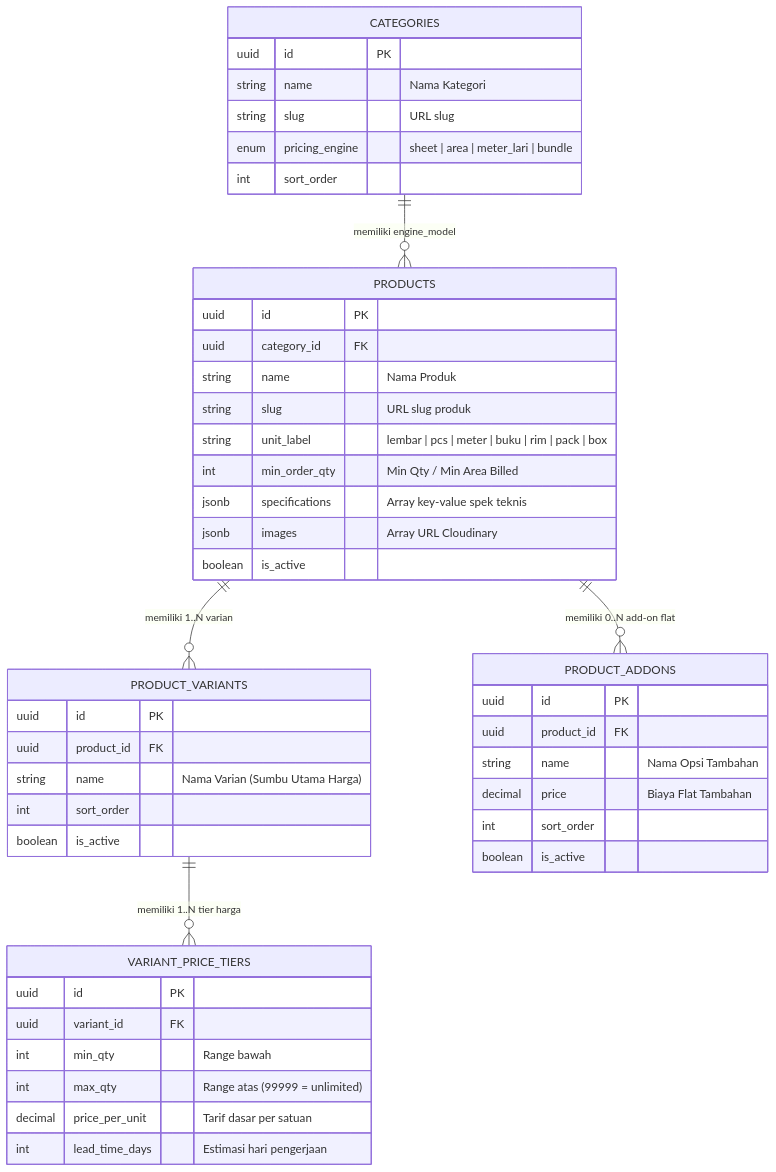
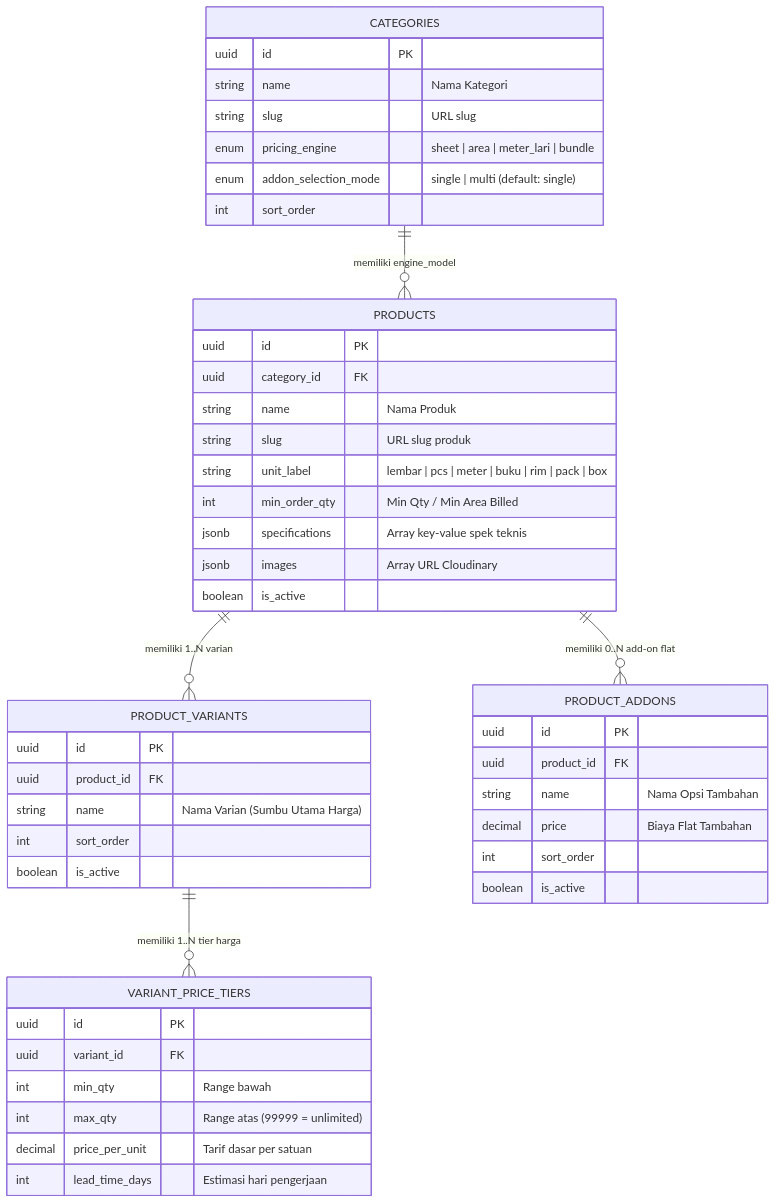
Before and after one commit to Kapakfin93/jogloprint: the diagram in GUIDE_CATALOG_INPUT_PROTOCOL.md, drawn with Mermaid. The commit also changed other lines of this file and 2 other files, not shown here.

````diff
--- a/GUIDE_CATALOG_INPUT_PROTOCOL.md
+++ b/GUIDE_CATALOG_INPUT_PROTOCOL.md
@@ -10,53 +10,54 @@
 ```mermaid
 erDiagram
     CATEGORIES ||--o{ PRODUCTS : "memiliki engine_model"
     PRODUCTS ||--o{ PRODUCT_VARIANTS : "memiliki 1..N varian"
     PRODUCT_VARIANTS ||--o{ VARIANT_PRICE_TIERS : "memiliki 1..N tier harga"
     PRODUCTS ||--o{ PRODUCT_ADDONS : "memiliki 0..N add-on flat"
 
     CATEGORIES {
         uuid id PK
         string name "Nama Kategori"
         string slug "URL slug"
         enum pricing_engine "sheet | area | meter_lari | bundle"
+        enum addon_selection_mode "single | multi (default: single)"
         int sort_order
     }
 
     PRODUCTS {
         uuid id PK
         uuid category_id FK
         string name "Nama Produk"
         string slug "URL slug produk"
         string unit_label "lembar | pcs | meter | buku | rim | pack | box"
         int min_order_qty "Min Qty / Min Area Billed"
         jsonb specifications "Array key-value spek teknis"
         jsonb images "Array URL Cloudinary"
         boolean is_active
     }
 
     PRODUCT_VARIANTS {
         uuid id PK
         uuid product_id FK
         string name "Nama Varian (Sumbu Utama Harga)"
         int sort_order
         boolean is_active
     }
 
     VARIANT_PRICE_TIERS {
         uuid id PK
         uuid variant_id FK
         int min_qty "Range bawah"
         int max_qty "Range atas (99999 = unlimited)"
         decimal price_per_unit "Tarif dasar per satuan"
         int lead_time_days "Estimasi hari pengerjaan"
     }
 
     PRODUCT_ADDONS {
         uuid id PK
         uuid product_id FK
         string name "Nama Opsi Tambahan"
         decimal price "Biaya Flat Tambahan"
         int sort_order
         boolean is_active
     }
 ```
````
